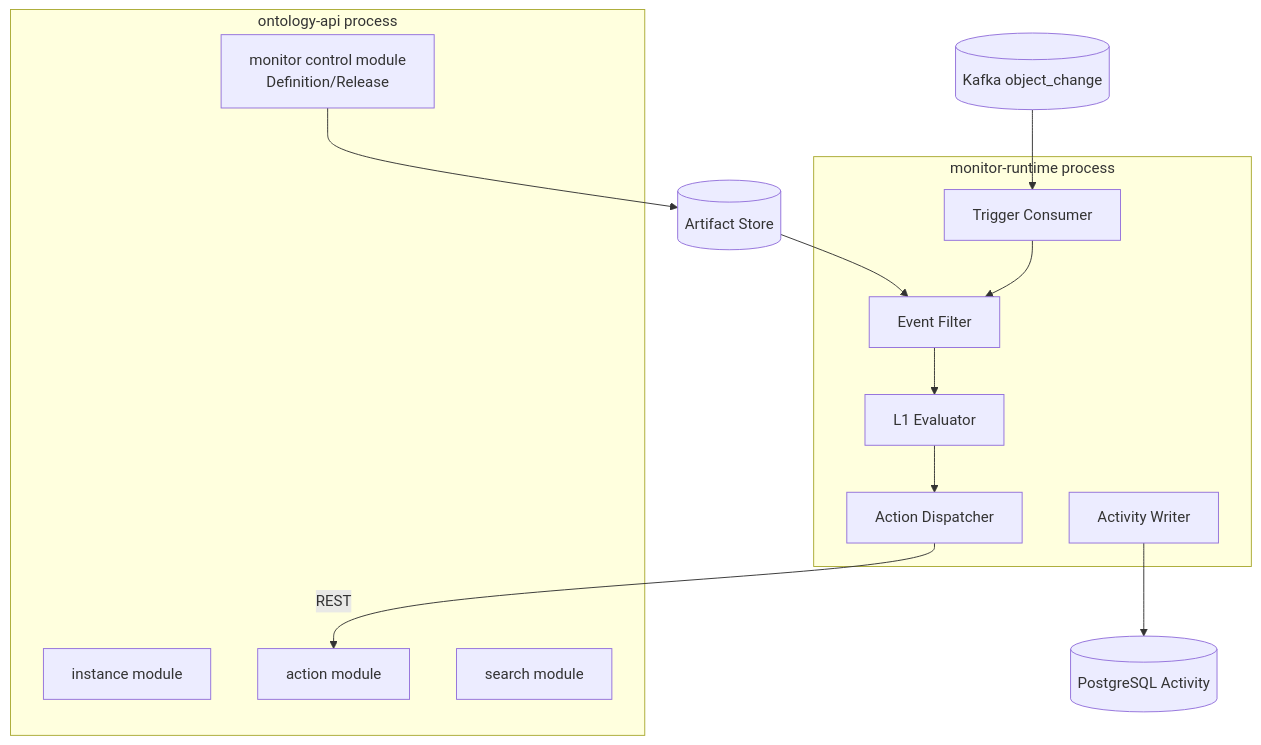
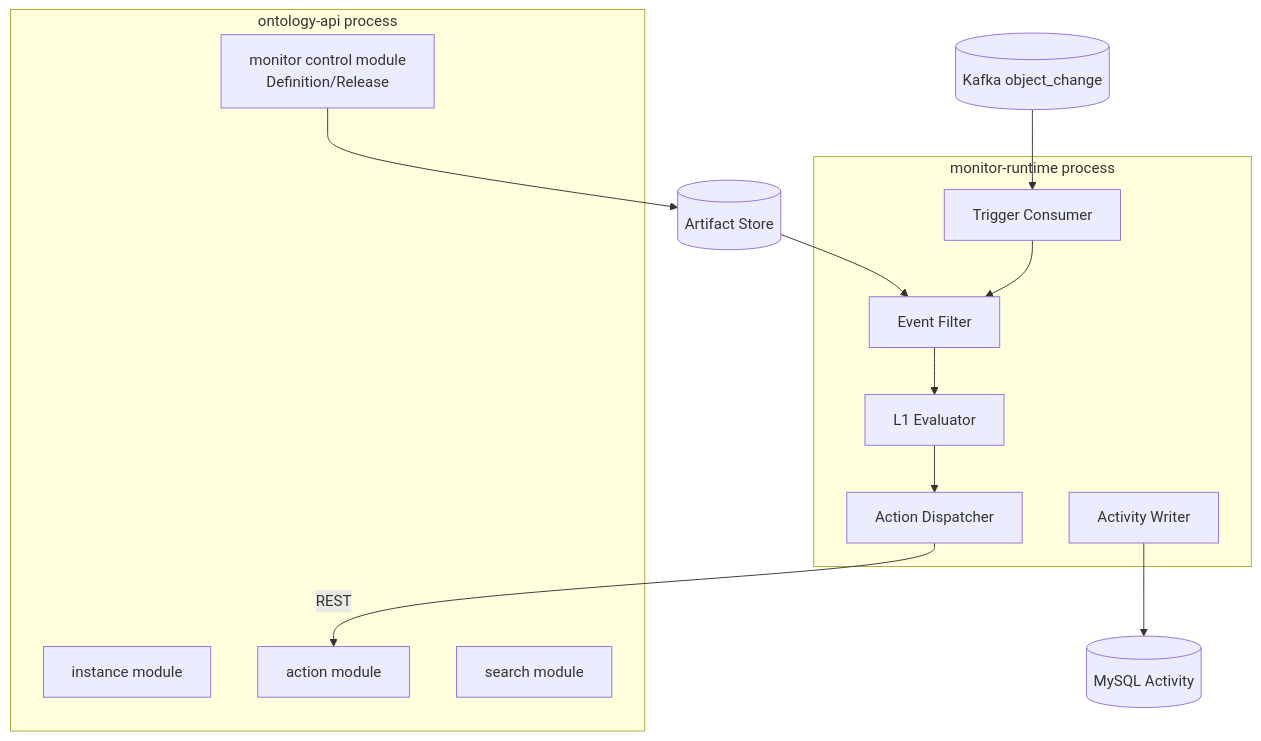
The second of 2 diagrams in docs/object_monitor/object_monitor_design_phase1.md (littleDrew/ontology), drawn with Mermaid before and after one commit. The commit also changed other lines of this file and 1 other file, not shown here.

````diff
--- a/docs/object_monitor/object_monitor_design_phase1.md
+++ b/docs/object_monitor/object_monitor_design_phase1.md
@@ -500,23 +542,23 @@
 ```mermaid
 graph TD
   subgraph API[ontology-api process]
     A1[instance module]
     A2[action module]
     A3[search module]
     A4[monitor control module<br/>Definition/Release]
   end
 
   subgraph RT[monitor-runtime process]
     B1[Trigger Consumer]
     B2[Event Filter]
     B3[L1 Evaluator]
     B4[Action Dispatcher]
     B5[Activity Writer]
   end
 
   K1[(Kafka object_change)] --> B1 --> B2 --> B3 --> B4
-  B5 --> P1[(PostgreSQL Activity)]
+  B5 --> P1[(MySQL Activity)]
   A4 --> R1[(Artifact Store)]
   R1 --> B2
   B4 -->|REST| A2
 ```
````
